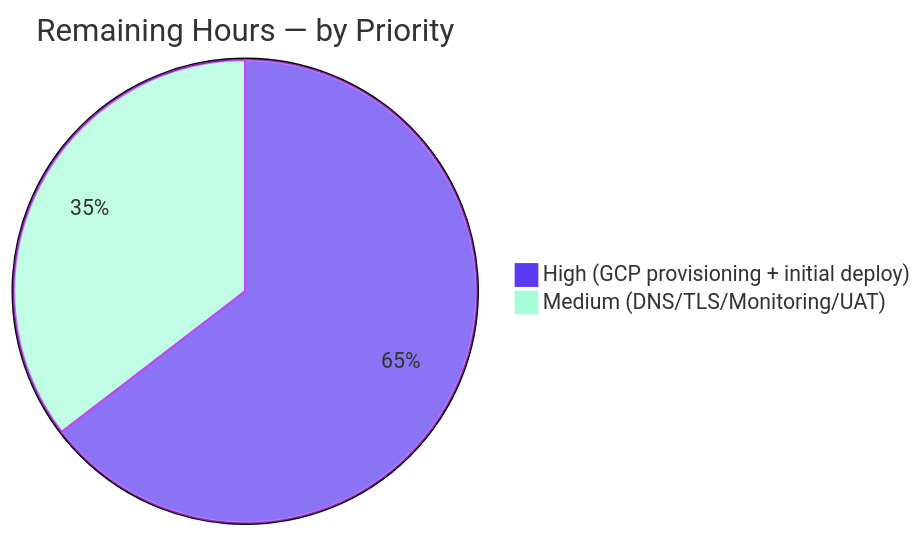
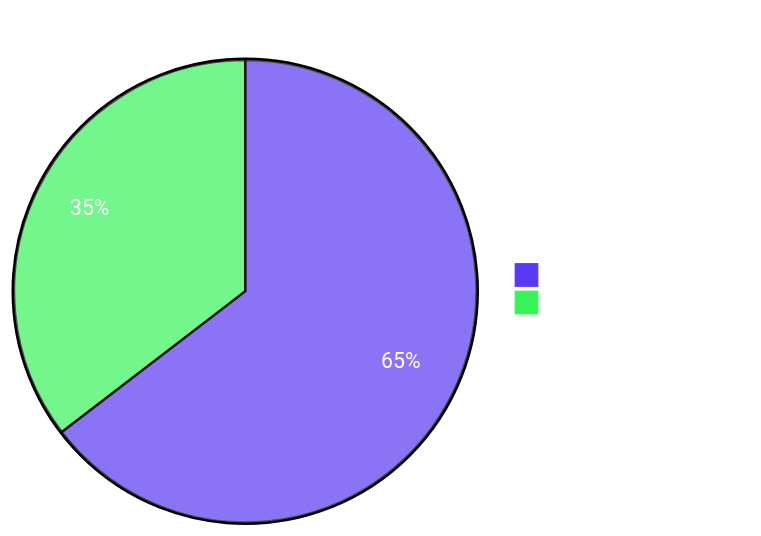
One commit to Blitzy-Sandbox/blitzy-configurator changed the fourth of 4 diagrams in blitzy/documentation/Project Guide.md. Above: the diagram before and after it, drawn with Mermaid. The commit also changed other lines of this file, not shown here.

Commit message:
Adding Blitzy Project Guide: Project Status and Human Tasks Remaining

````diff
--- a/blitzy/documentation/Project Guide.md
+++ b/blitzy/documentation/Project Guide.md
@@ -277,6 +316,6 @@
 ```mermaid
-%%{init: {'theme':'base','themeVariables':{'pie1':'#5B39F3','pie2':'#A8FDD9','pie3':'#FFFFFF','pieStrokeColor':'#B23AF2'}}}%%
-pie title Remaining Hours — by Priority
-    "High (GCP provisioning + initial deploy)" : 31
-    "Medium (DNS/TLS/Monitoring/UAT)" : 17
+%%{init: {'theme':'base','themeVariables':{'primaryColor':'#5B39F3','primaryTextColor':'#FFFFFF','primaryBorderColor':'#5B39F3'}}}%%
+pie title Remaining 48h by Priority
+    "High Priority (31h)" : 31
+    "Medium Priority (17h)" : 17
 ```
````
